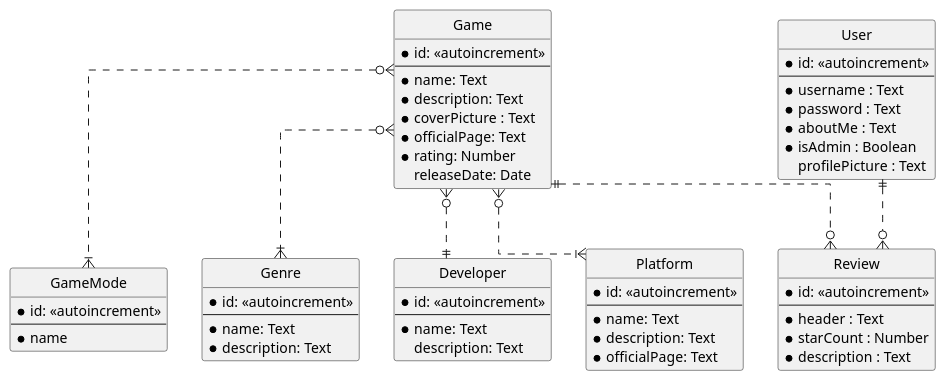
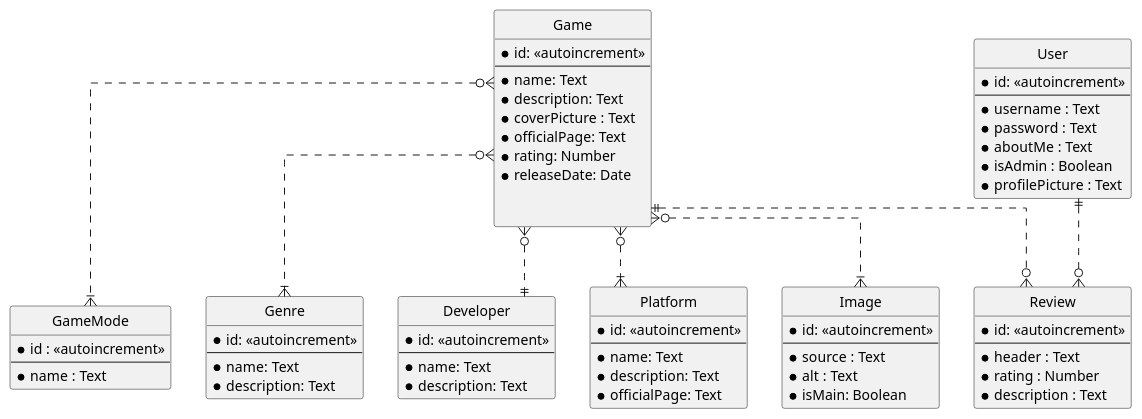
The diagram in backend/prisma/erd.puml (TrawenCZ/cshd-project), drawn with PlantUML before and after one commit.

Commit message:
added slight changes in the .puml file

```diff
--- a/backend/prisma/erd.puml
+++ b/backend/prisma/erd.puml
@@ -1,70 +1,79 @@
 @startuml CSHDDatabase
 
 hide circle
 skinparam Linetype ortho
 
 entity Game {
     * id: <<autoincrement>>
     ---
     * name: Text
     * description: Text
     * coverPicture : Text
     * officialPage: Text
     * rating: Number
-    releaseDate: Date
+    * releaseDate: Date
+
+
 }
 
 entity GameMode {
-    * id: <<autoincrement>>
+    * id : <<autoincrement>>
     ---
-    * name
+    * name : Text
 }
 
 entity Genre {
     * id: <<autoincrement>>
     ---
     * name: Text
     * description: Text
 }
 
 entity Developer {
     * id: <<autoincrement>>
     ---
     * name: Text
-    description: Text
+    * description: Text
 }
 
 entity Platform {
     * id: <<autoincrement>>
     ---
     * name: Text
     * description: Text
     * officialPage: Text
 }
 
 entity User {
     * id: <<autoincrement>>
     ---
     * username : Text
     * password : Text
     * aboutMe : Text
     * isAdmin : Boolean
-    profilePicture : Text
+    * profilePicture : Text
 }
 
 entity Review {
     * id: <<autoincrement>>
     ---
     * header : Text
-    * starCount : Number
+    * rating : Number
     * description : Text
 }
-
+entity Image {
+    * id: <<autoincrement>>
+    ---
+    * source : Text
+    * alt : Text
+    * isMain: Boolean
+}
 Game }o..|| Developer
 Game }o..|{ Genre
 Game }o..|{ GameMode
 Game }o..|{ Platform
 Game ||..o{ Review
 User ||..o{ Review
+Game }o..|{ Image
 
 @enduml
```
